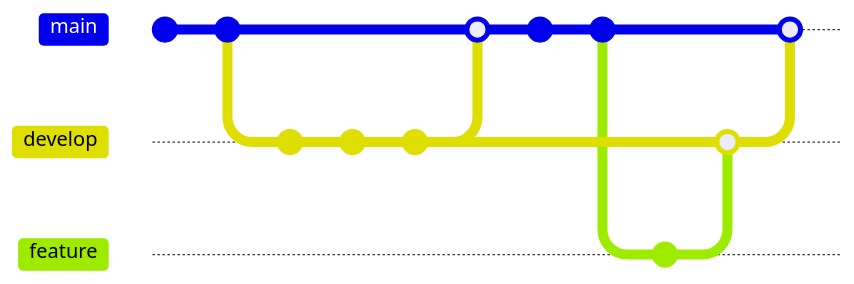
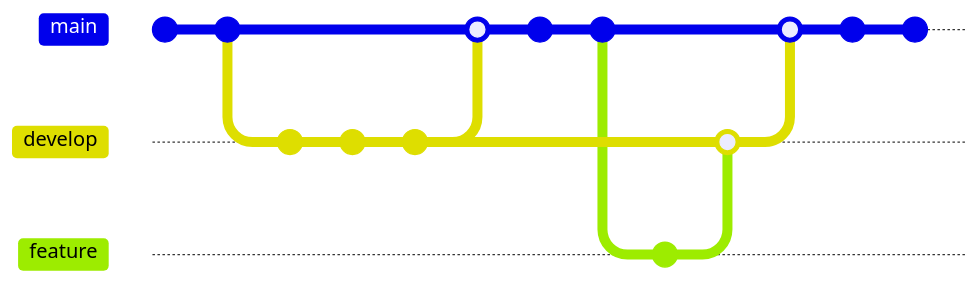
The diagram in GIT.md (Panyapron/git-demo), drawn with Mermaid before and after one commit. Commit ids are hidden.

Commit message:
add(cherry)

````diff
--- a/GIT.md
+++ b/GIT.md
@@ -2,19 +2,21 @@
 ```mermaid
     gitGraph
        commit id: "init"
        commit
        branch develop
        commit
        commit
        commit
        checkout main
        merge develop
        commit
        commit
        branch feature
        commit
        checkout develop
        merge feature
        checkout main
        merge develop
+       commit id: "merge"
+       commit id: "cherry"
 ```
````
